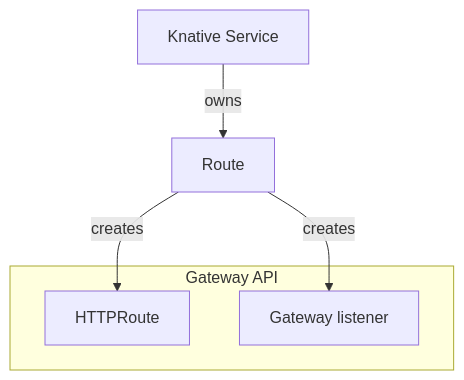
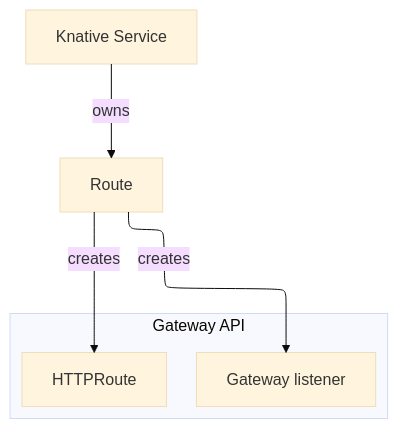
One commit to knative/docs changed the diagram in docs/versioned/serving/config-network-adapters.md. Above: the diagram before and after it, drawn with Mermaid.

Commit message:
Update config-network-adapters.md
Formatting fix

````diff
--- a/docs/versioned/serving/config-network-adapters.md
+++ b/docs/versioned/serving/config-network-adapters.md
@@ -32,10 +32,15 @@
 ```mermaid
+---
+config:
+  theme: base
+  layout: elk
+  look: classic
+---
 flowchart TB
-  subgraph s1["Gateway API"]
-    HR[HTTPRoute]
-    GW[Gateway listener]
+ subgraph s1["Gateway API"]
+        HR["HTTPRoute"]
+        GW["Gateway listener"]
   end
-  KSvc["Knative Service"] -- owns --> Route
-  Route -- creates --> HR
-  Route -- creates --> GW
-  ```
+    KSvc["Knative Service"] -- owns --> Route["Route"]
+    Route -- creates --> HR & GW
+```
````
